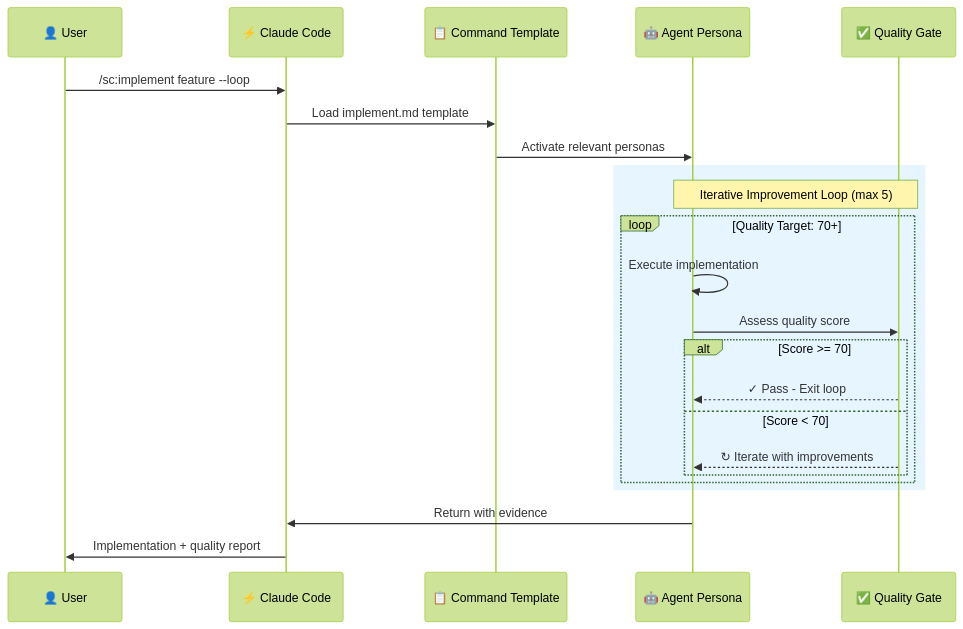
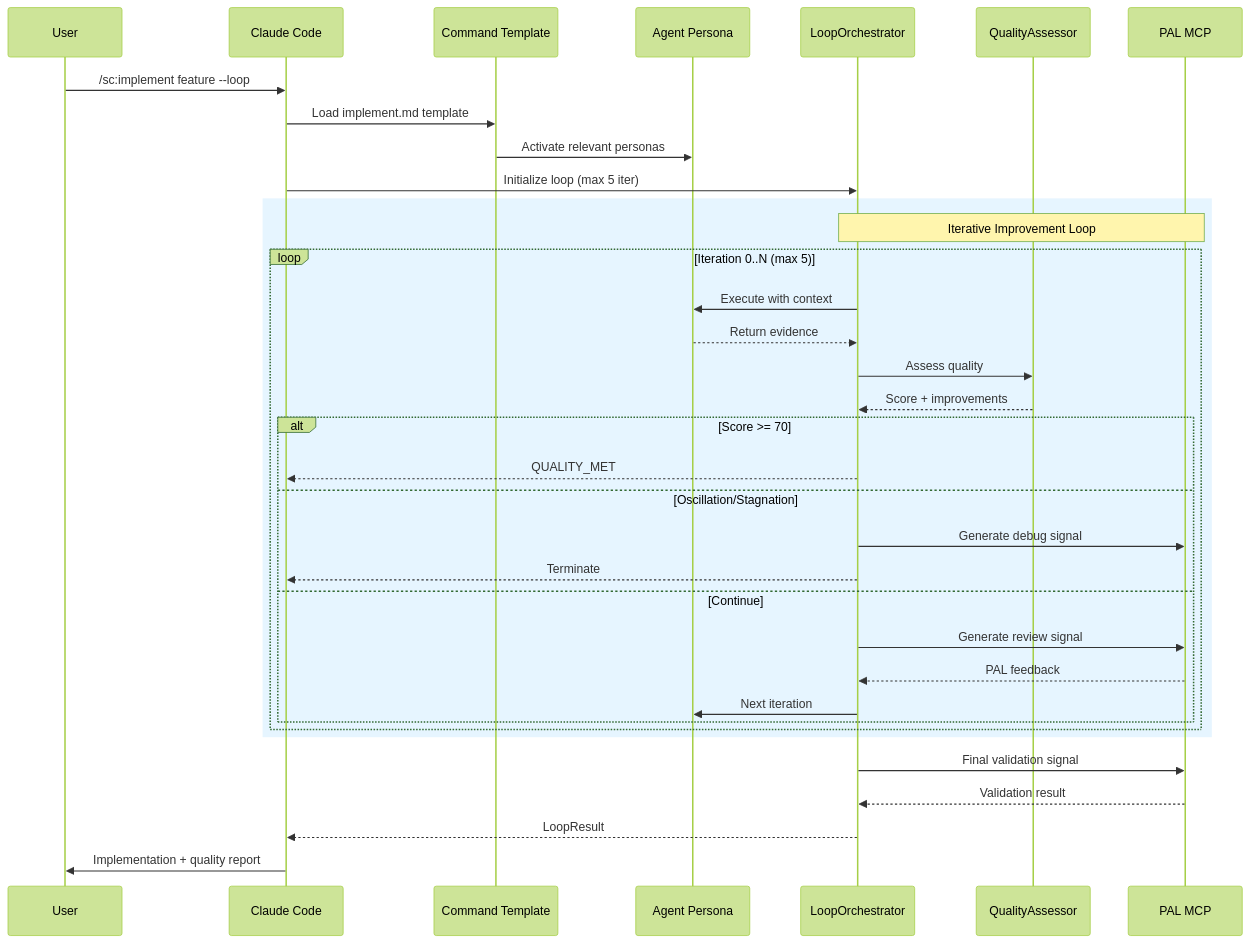
One commit to Tony363/SuperClaude changed the fourth of 9 diagrams in README.md. Above: the diagram before and after it, drawn with Mermaid (forest theme). The commit also changed other lines of this file, not shown here.

First line of the commit message:
docs: comprehensive README.md rewrite with updated mermaid diagrams

````diff
--- a/README.md
+++ b/README.md
@@ -348,28 +490,41 @@
 ```mermaid
 sequenceDiagram
-    participant U as 👤 User
-    participant C as ⚡ Claude Code
-    participant CMD as 📋 Command Template
-    participant A as 🤖 Agent Persona
-    participant Q as ✅ Quality Gate
+    participant U as User
+    participant C as Claude Code
+    participant CMD as Command Template
+    participant A as Agent Persona
+    participant O as LoopOrchestrator
+    participant Q as QualityAssessor
+    participant P as PAL MCP
 
     U->>C: /sc:implement feature --loop
     C->>CMD: Load implement.md template
     CMD->>A: Activate relevant personas
+    C->>O: Initialize loop (max 5 iter)
 
     rect rgb(230, 245, 255)
-        note over A,Q: Iterative Improvement Loop (max 5)
-        loop Quality Target: 70+
-            A->>A: Execute implementation
-            A->>Q: Assess quality score
+        note over O,P: Iterative Improvement Loop
+        loop Iteration 0..N (max 5)
+            O->>A: Execute with context
+            A-->>O: Return evidence
+            O->>Q: Assess quality
+            Q-->>O: Score + improvements
+
             alt Score >= 70
-                Q-->>A: ✓ Pass - Exit loop
-            else Score < 70
-                Q-->>A: ↻ Iterate with improvements
+                O-->>C: QUALITY_MET
+            else Oscillation/Stagnation
+                O->>P: Generate debug signal
+                O-->>C: Terminate
+            else Continue
+                O->>P: Generate review signal
+                P-->>O: PAL feedback
+                O->>A: Next iteration
             end
         end
     end
 
-    A->>C: Return with evidence
+    O->>P: Final validation signal
+    P-->>O: Validation result
+    O-->>C: LoopResult
     C->>U: Implementation + quality report
 ```
````
